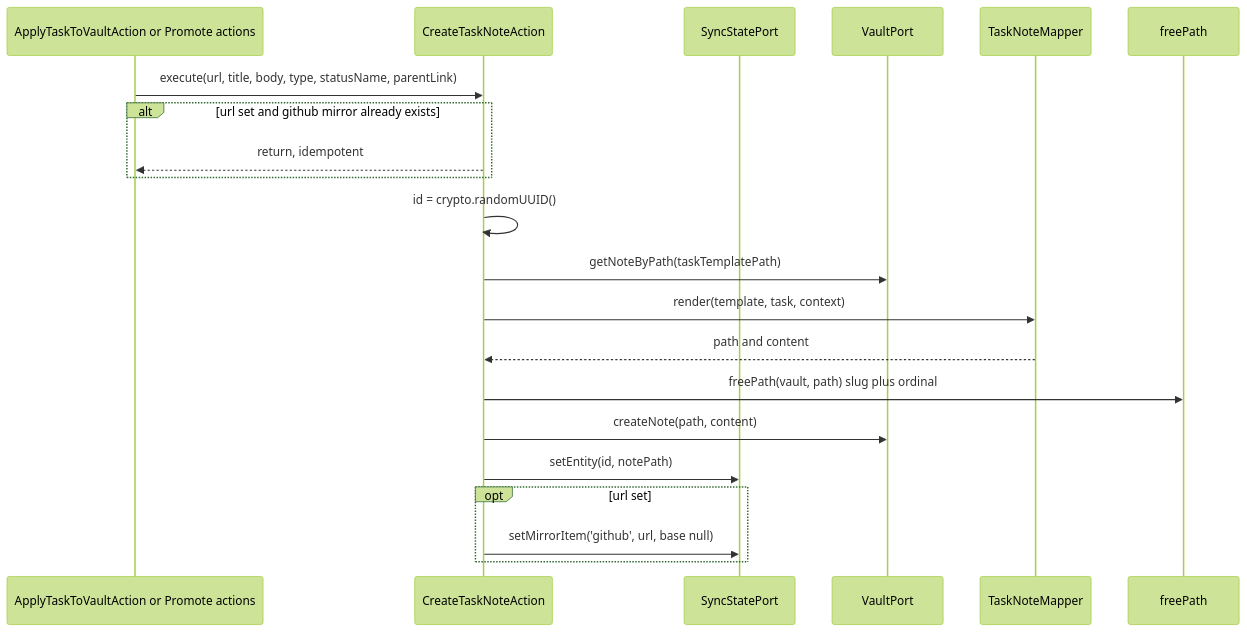
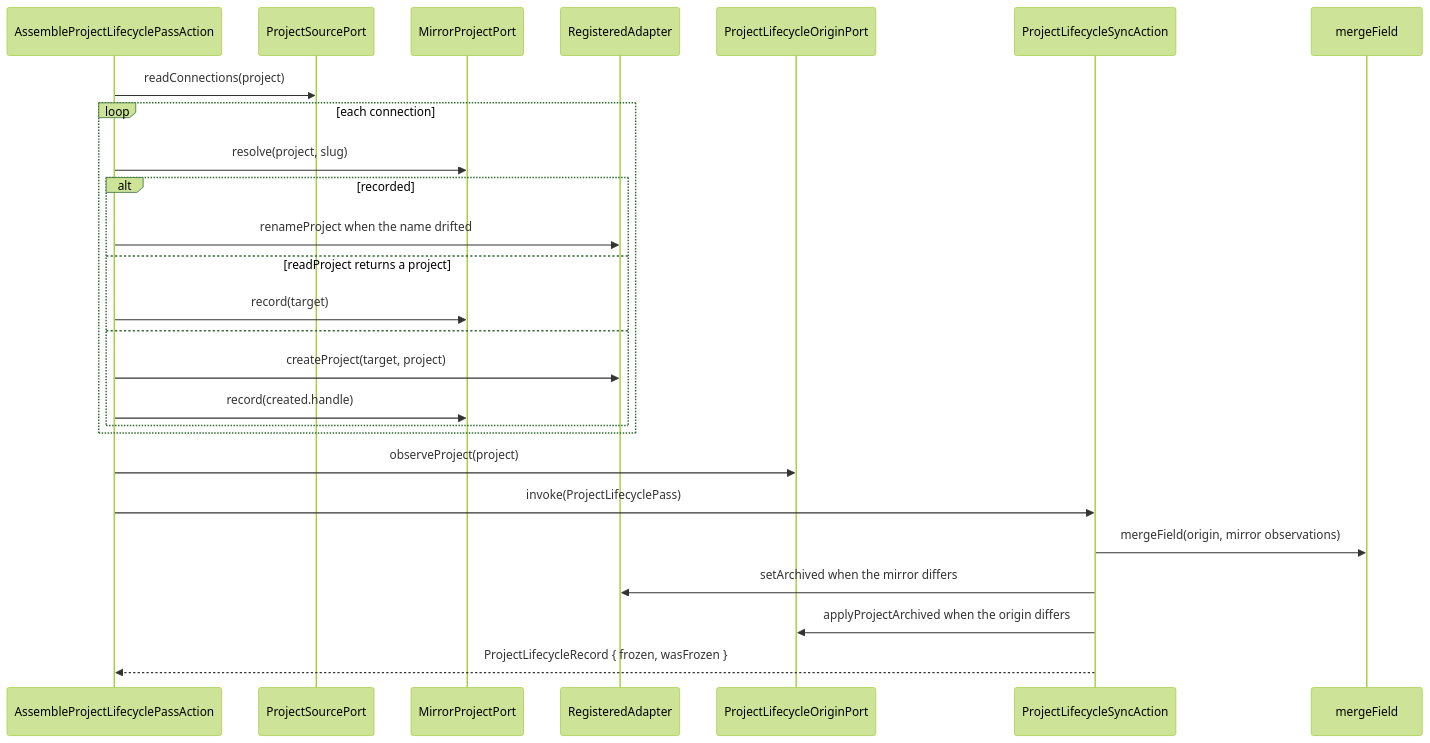
The seventh of 18 diagrams in docs/developer-manual.md (99linesofcode/obsidian-project-management), drawn with Mermaid (forest theme) before and after one commit. The commit also changed other lines of this file and 246 other files, not shown here.

````diff
--- a/docs/developer-manual.md
+++ b/docs/developer-manual.md
@@ -474,24 +420,29 @@
 ```mermaid
 sequenceDiagram
-  participant Caller as ApplyTaskToVaultAction or Promote actions
-  participant C as CreateTaskNoteAction
-  participant SS as SyncStatePort
-  participant V as VaultPort
-  participant M as TaskNoteMapper
-  participant FP as freePath
+  participant A as AssembleProjectLifecyclePassAction
+  participant PS as ProjectSourcePort
+  participant MP as MirrorProjectPort
+  participant R as RegisteredAdapter
+  participant O as ProjectLifecycleOriginPort
+  participant LS as ProjectLifecycleSyncAction
+  participant MF as mergeField
 
-  Caller->>C: execute(url, title, body, type, statusName, parentLink)
-  alt url set and github mirror already exists
-    C-->>Caller: return, idempotent
+  A->>PS: readConnections(project)
+  loop each connection
+    A->>MP: resolve(project, slug)
+    alt recorded
+      A->>R: renameProject when the name drifted
+    else readProject returns a project
+      A->>MP: record(target)
+    else
+      A->>R: createProject(target, project)
+      A->>MP: record(created.handle)
+    end
   end
-  C->>C: id = crypto.randomUUID()
-  C->>V: getNoteByPath(taskTemplatePath)
-  C->>M: render(template, task, context)
-  M-->>C: path and content
-  C->>FP: freePath(vault, path) slug plus ordinal
-  C->>V: createNote(path, content)
-  C->>SS: setEntity(id, notePath)
-  opt url set
-    C->>SS: setMirrorItem('github', url, base null)
-  end
+  A->>O: observeProject(project)
+  A->>LS: invoke(ProjectLifecyclePass)
+  LS->>MF: mergeField(origin, mirror observations)
+  LS->>R: setArchived when the mirror differs
+  LS->>O: applyProjectArchived when the origin differs
+  LS-->>A: ProjectLifecycleRecord { frozen, wasFrozen }
 ```
````
